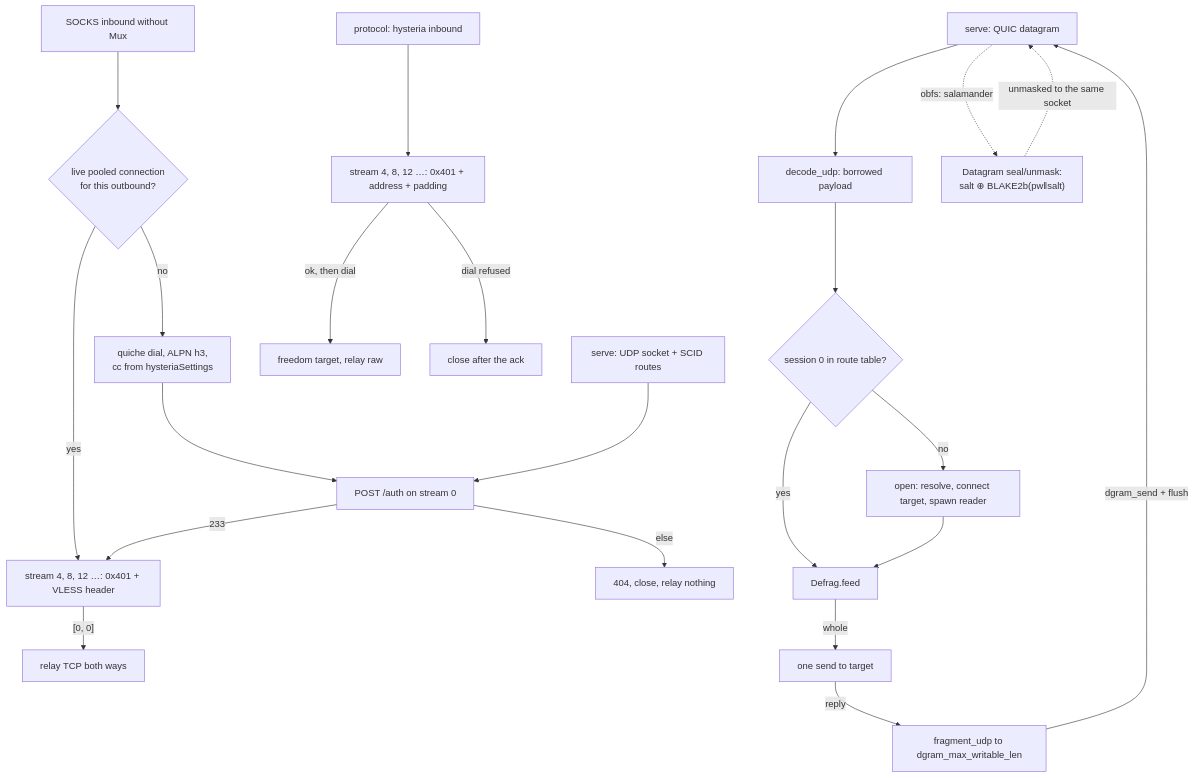
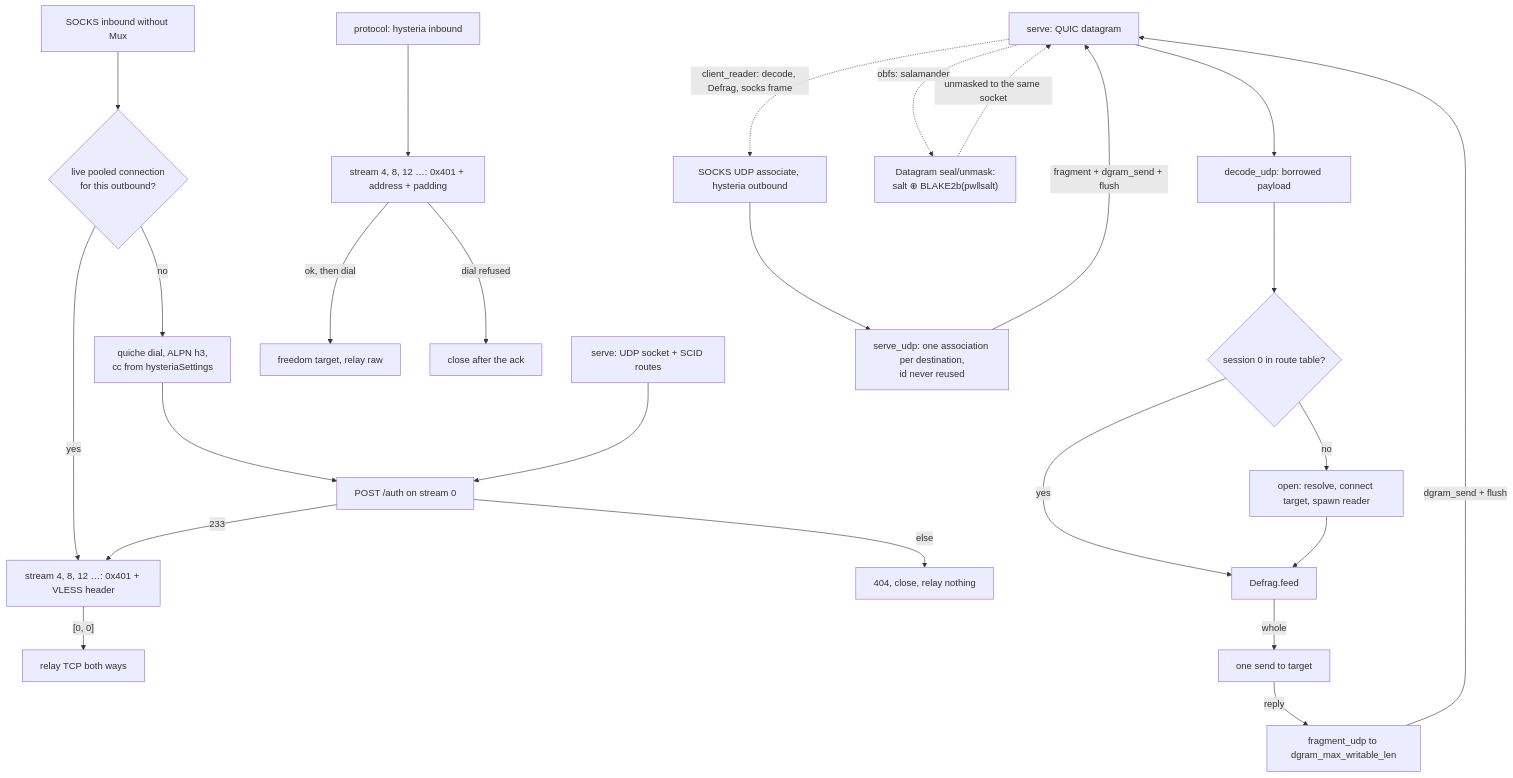
The diagram in docs/function/carrier-hysteria.md (Ferrocite/ferrox), drawn with Mermaid before and after one commit. The commit also changed other lines of this file and 5 other files, not shown here.

Commit message:
hysteria: carry the client's UDP association on the datagram lane

````diff
--- a/docs/function/carrier-hysteria.md
+++ b/docs/function/carrier-hysteria.md
@@ -72,24 +81,27 @@
 ```mermaid
 graph TD
     S["SOCKS inbound without Mux"] --> P{"live pooled connection<br/>for this outbound?"}
     P -- yes --> F["stream 4, 8, 12 …: 0x401 + VLESS header"]
     P -- no --> D["quiche dial, ALPN h3,<br/>cc from hysteriaSettings"]
     D --> A["POST /auth on stream 0"]
     A -- 233 --> F
     F -- "[0, 0]" --> R["relay TCP both ways"]
     A -- else --> X["404, close, relay nothing"]
     H["serve: UDP socket + SCID routes"] --> A
     P2["protocol: hysteria inbound"] --> Q["stream 4, 8, 12 …: 0x401 + address + padding"]
     Q -- "ok, then dial" --> T["freedom target, relay raw"]
     Q -- "dial refused" --> C["close after the ack"]
     G["serve: QUIC datagram"] --> D2["decode_udp: borrowed payload"]
     G -. "obfs: salamander" .-> M["Datagram seal/unmask:<br/>salt ⊕ BLAKE2b(pw‖salt)"]
     M -. "unmasked to the same socket" .-> G
     D2 --> E2{"session 0 in route table?"}
     E2 -- no --> O["open: resolve, connect target, spawn reader"]
     E2 -- yes --> F2["Defrag.feed"]
     O --> F2
     F2 -- whole --> U["one send to target"]
     U -- "reply " --> V["fragment_udp to dgram_max_writable_len"]
     V -- "dgram_send + flush" --> G
+    W["SOCKS UDP associate, hysteria outbound"] --> N["serve_udp: one association per destination,<br/>id never reused"]
+    N -- "fragment + dgram_send + flush" --> G
+    G -. "client_reader: decode, Defrag, socks frame" .-> W
 ```
````
